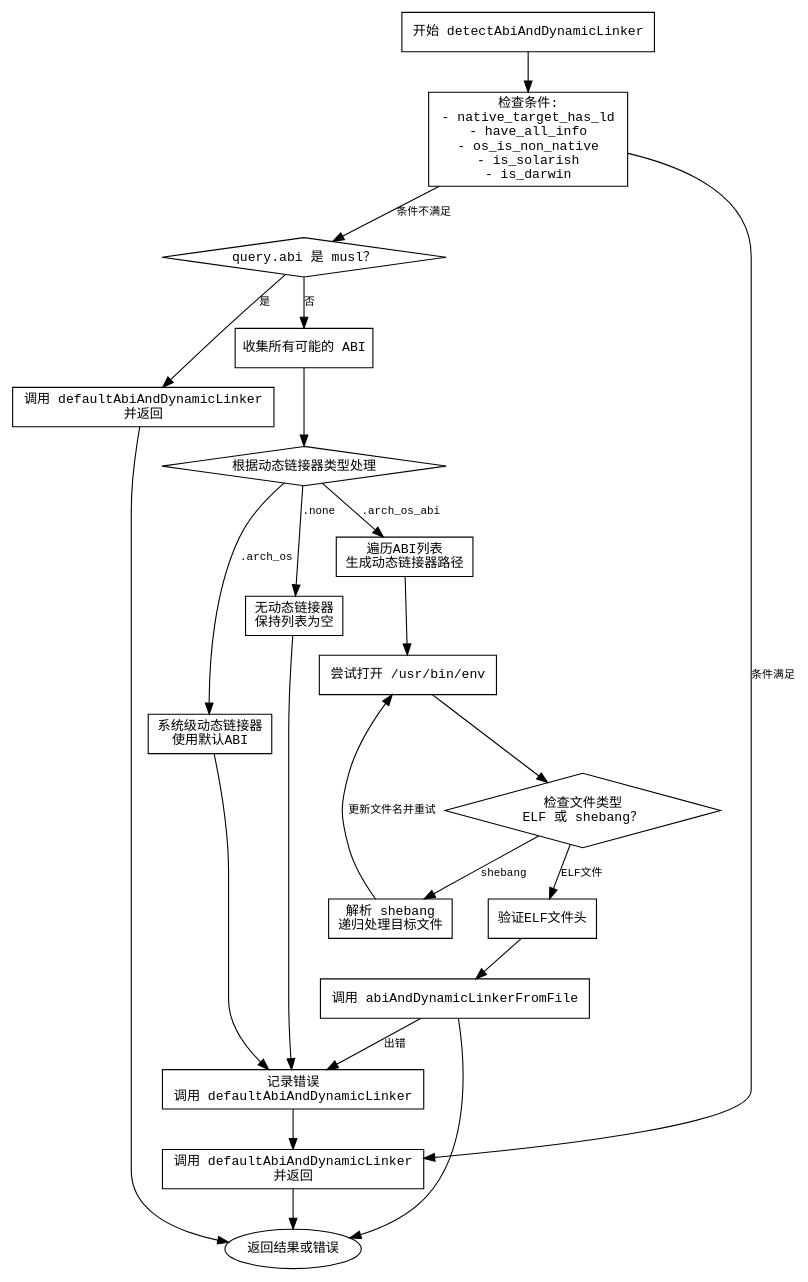
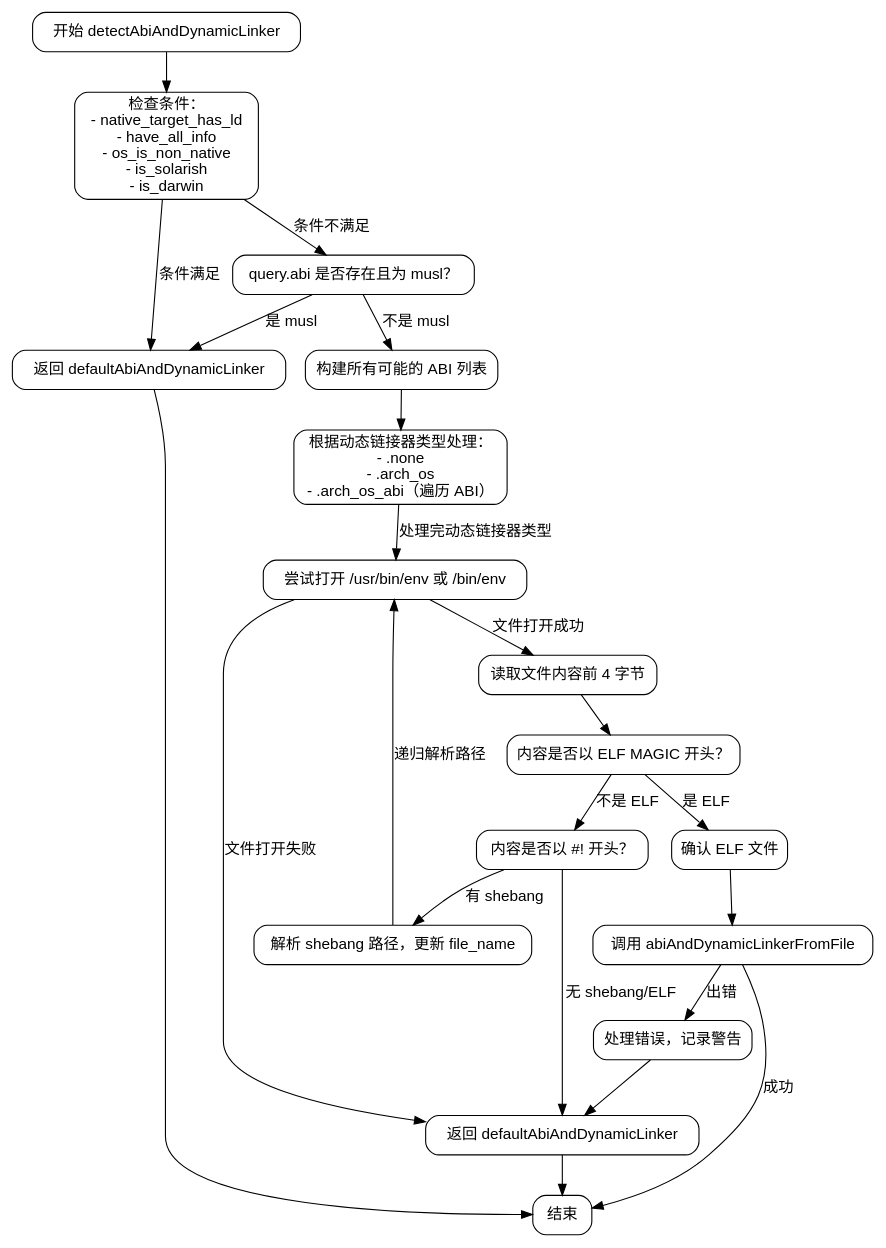
The diagram in dot_std/zig/system.zig.detectAbiAndDynamicLinker.md (sdzx-1/deepseek-zig-reader), drawn with Graphviz before and after one commit. The commit also changed other lines of this file and 236 other files, not shown here.

````diff
--- a/dot_std/zig/system.zig.detectAbiAndDynamicLinker.md
+++ b/dot_std/zig/system.zig.detectAbiAndDynamicLinker.md
@@ -38,67 +13,45 @@
 ```dot
 digraph flowchart {
-    node [shape=rectangle, fontname="Courier", fontsize=12];
-    edge [fontname="Courier", fontsize=10];
+    node [shape=rectangle, style="rounded", fontname="Helvetica"];
+    edge [fontname="Helvetica"];
 
     start [label="开始 detectAbiAndDynamicLinker"];
-    end [label="返回结果或错误", shape=ellipse];
+    check_conditions [label="检查条件：\n- native_target_has_ld\n- have_all_info\n- os_is_non_native\n- is_solarish\n- is_darwin"];
+    return_default_early [label="返回 defaultAbiAndDynamicLinker"];
+    check_abi_musl [label="query.abi 是否存在且为 musl？"];
+    build_abi_list [label="构建所有可能的 ABI 列表"];
+    handle_ld_kind [label="根据动态链接器类型处理：\n- .none\n- .arch_os\n- .arch_os_abi（遍历 ABI）"];
+    try_open_env [label="尝试打开 /usr/bin/env 或 /bin/env"];
+    read_file_content [label="读取文件内容前 4 字节"];
+    check_elf_magic [label="内容是否以 ELF MAGIC 开头？"];
+    check_shebang [label="内容是否以 #! 开头？"];
+    parse_shebang [label="解析 shebang 路径，更新 file_name"];
+    open_elf_file [label="确认 ELF 文件"];
+    call_abi_from_file [label="调用 abiAndDynamicLinkerFromFile"];
+    handle_errors [label="处理错误，记录警告"];
+    return_default_fallback [label="返回 defaultAbiAndDynamicLinker"];
+    end [label="结束"];
 
-    // 初始条件判断
-    check_conditions [label="检查条件:\n- native_target_has_ld\n- have_all_info\n- os_is_non_native\n- is_solarish\n- is_darwin"];
-    call_default_initial [label="调用 defaultAbiAndDynamicLinker\n并返回"];
-
-    // musl ABI处理
-    check_abi_musl [label="query.abi 是 musl？", shape=diamond];
-    call_default_musl [label="调用 defaultAbiAndDynamicLinker\n并返回"];
-
-    // 收集所有ABI
-    collect_abis [label="收集所有可能的 ABI"];
-
-    // 动态链接器类型处理
-    switch_ld_kind [label="根据动态链接器类型处理", shape=diamond];
-    handle_none [label="无动态链接器\n保持列表为空"];
-    handle_arch_os [label="系统级动态链接器\n使用默认ABI"];
-    handle_arch_os_abi [label="遍历ABI列表\n生成动态链接器路径"];
-
-    // ELF文件处理
-    open_env_file [label="尝试打开 /usr/bin/env"];
-    check_elf_or_shebang [label="检查文件类型\nELF 或 shebang？", shape=diamond];
-    parse_shebang [label="解析 shebang\n递归处理目标文件"];
-    check_elf_header [label="验证ELF文件头"];
-    call_abi_from_file [label="调用 abiAndDynamicLinkerFromFile"];
-
-    // 错误处理
-    handle_error [label="记录错误\n调用 defaultAbiAndDynamicLinker"];
-
-    // 流程连接
     start -> check_conditions;
-    check_conditions -> call_default_initial [label="条件满足"];
+    check_conditions -> return_default_early [label="条件满足"];
     check_conditions -> check_abi_musl [label="条件不满足"];
-
-    check_abi_musl -> call_default_musl [label="是"];
-    check_abi_musl -> collect_abis [label="否"];
-
-    collect_abis -> switch_ld_kind;
-    switch_ld_kind -> handle_none [label=".none"];
-    switch_ld_kind -> handle_arch_os [label=".arch_os"];
-    switch_ld_kind -> handle_arch_os_abi [label=".arch_os_abi"];
-
-    handle_arch_os_abi -> open_env_file;
-
-    open_env_file -> check_elf_or_shebang;
-    check_elf_or_shebang -> parse_shebang [label="shebang"];
-    parse_shebang -> open_env_file [label="更新文件名并重试"];
-    check_elf_or_shebang -> check_elf_header [label="ELF文件"];
-    check_elf_header -> call_abi_from_file;
-
-    call_abi_from_file -> end;
-    call_abi_from_file -> handle_error [label="出错"];
-
-    handle_none -> handle_error;
-    handle_arch_os -> handle_error;
-
-    handle_error -> call_default_initial;
-    call_default_initial -> end;
-    call_default_musl -> end;
+    check_abi_musl -> return_default_early [label="是 musl"];
+    check_abi_musl -> build_abi_list [label="不是 musl"];
+    build_abi_list -> handle_ld_kind;
+    handle_ld_kind -> try_open_env [label="处理完动态链接器类型"];
+    try_open_env -> read_file_content [label="文件打开成功"];
+    try_open_env -> return_default_fallback [label="文件打开失败"];
+    read_file_content -> check_elf_magic;
+    check_elf_magic -> open_elf_file [label="是 ELF"];
+    check_elf_magic -> check_shebang [label="不是 ELF"];
+    check_shebang -> parse_shebang [label="有 shebang"];
+    check_shebang -> return_default_fallback [label="无 shebang/ELF"];
+    parse_shebang -> try_open_env [label="递归解析路径"];
+    open_elf_file -> call_abi_from_file;
+    call_abi_from_file -> end [label="成功"];
+    call_abi_from_file -> handle_errors [label="出错"];
+    handle_errors -> return_default_fallback;
+    return_default_early -> end;
+    return_default_fallback -> end;
 }
 ```
````
